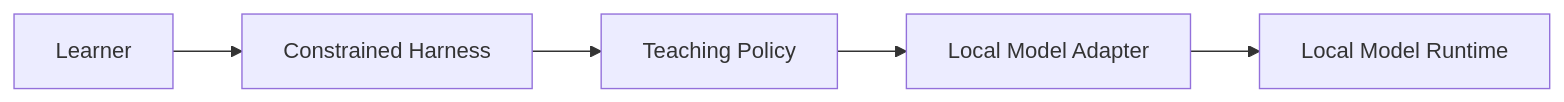
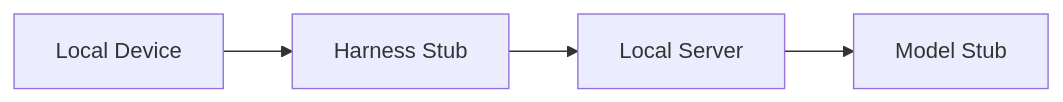
The diagram in README.md (camacho/roads-ai), drawn with Mermaid before and after one commit. The commit also changed other lines of this file and 21 other files, not shown here.

````diff
--- a/README.md
+++ b/README.md
@@ -33,7 +33,6 @@
 ```mermaid
 flowchart LR
-  Learner --> Harness[Constrained Harness]
-  Harness --> Policy[Teaching Policy]
-  Policy --> Adapter[Local Model Adapter]
-  Adapter --> Model[Local Model Runtime]
+  Device[Local Device] --> Harness[Harness Stub]
+  Harness --> Server[Local Server]
+  Server --> Model[Model Stub]
 ```
````
